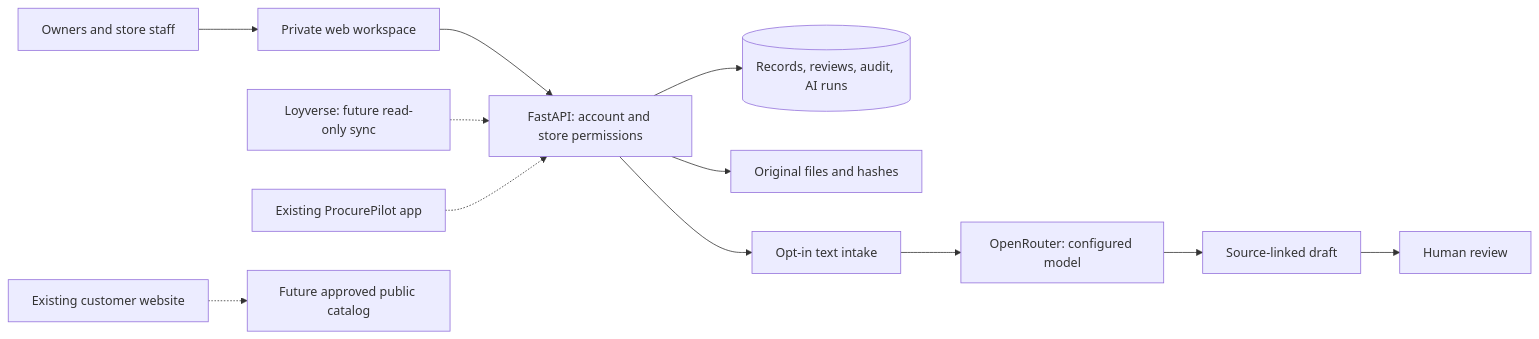
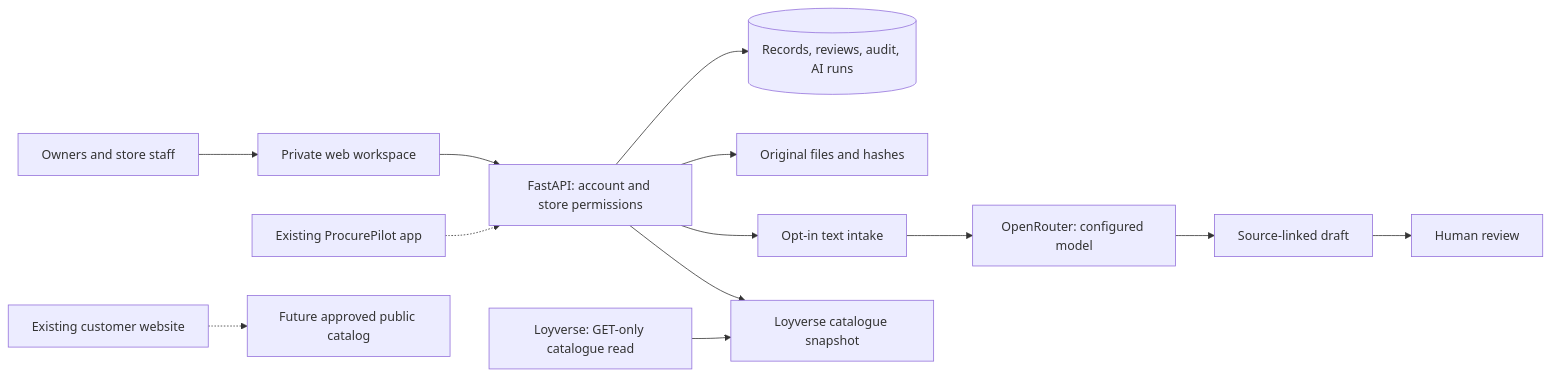
The diagram in docs/ARCHITECTURE.md (lokigod69/SausageHealth), drawn with Mermaid before and after one commit. The commit also changed other lines of this file and 14 other files, not shown here.

````diff
--- a/docs/ARCHITECTURE.md
+++ b/docs/ARCHITECTURE.md
@@ -11,14 +11,15 @@
 ```mermaid
 flowchart LR
   People[Owners and store staff] --> UI[Private web workspace]
   UI --> API[FastAPI: account and store permissions]
   API --> DB[(Records, reviews, audit, AI runs)]
   API --> Files[Original files and hashes]
   API --> Draft[Opt-in text intake]
   Draft --> Router[OpenRouter: configured model]
   Router --> Proposal[Source-linked draft]
   Proposal --> Human[Human review]
-  POS[Loyverse: future read-only sync] -.-> API
+  API --> Catalogue[Loyverse catalogue snapshot]
+  POS[Loyverse: GET-only catalogue read] --> Catalogue
   Procure[Existing ProcurePilot app] -.-> API
   Public[Existing customer website] -.-> Approved[Future approved public catalog]
 ```
````
